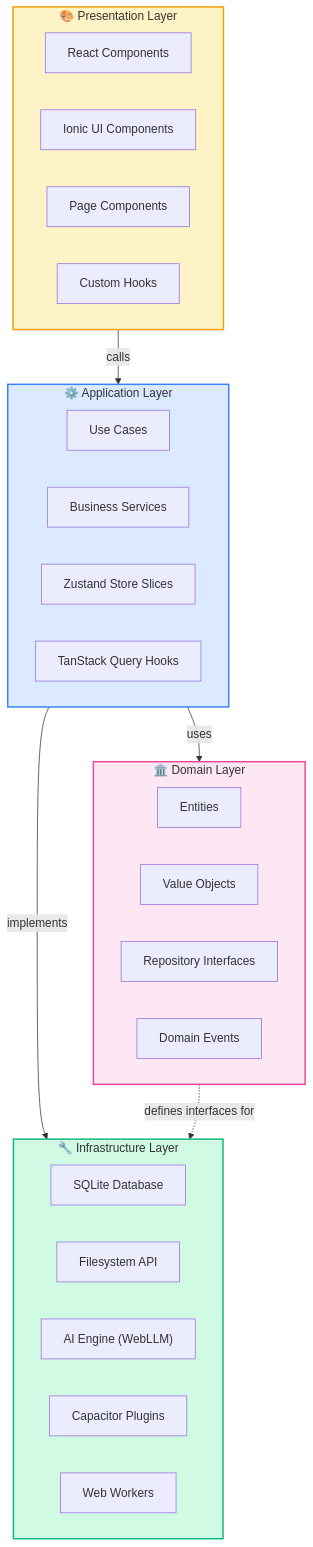
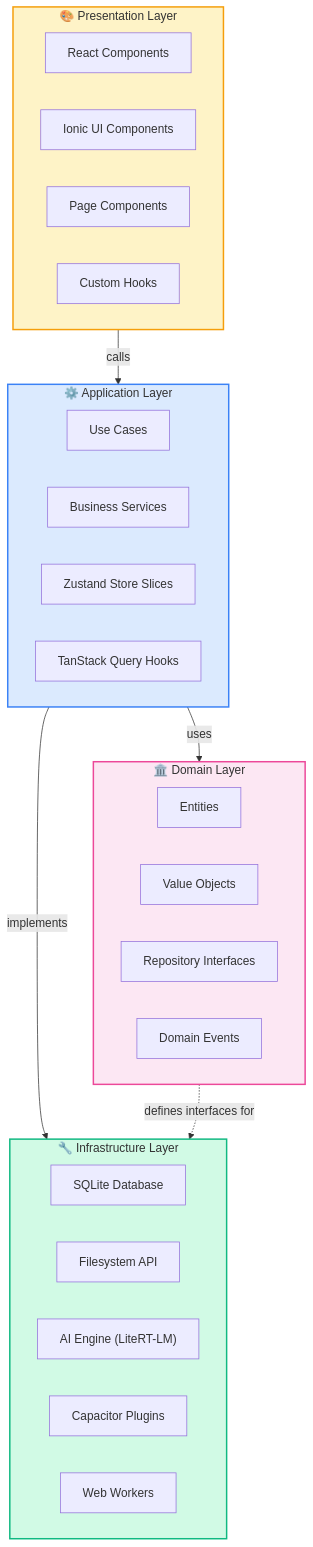
One commit to omanandswami2005/project-kagazzz changed the first of 8 diagrams in docs/architecture/01-system-architecture.md. Above: the diagram before and after it, drawn with Mermaid. The commit also changed other lines of this file and 9 other files, not shown here.

First line of the commit message:
chore(ai-assistant): F-13/F-14 stale-code sweep — WebLLM references + license attribution

````diff
--- a/docs/architecture/01-system-architecture.md
+++ b/docs/architecture/01-system-architecture.md
@@ -31,45 +31,45 @@
 ```mermaid
 graph TB
     subgraph Presentation["🎨 Presentation Layer"]
         direction LR
         ReactComp["React Components"]
         IonicUI["Ionic UI Components"]
         Pages["Page Components"]
         Hooks["Custom Hooks"]
     end
 
     subgraph Application["⚙️ Application Layer"]
         direction LR
         UseCases["Use Cases"]
         Services["Business Services"]
         StoreSlices["Zustand Store Slices"]
         QueryHooks["TanStack Query Hooks"]
     end
 
     subgraph Domain["🏛️ Domain Layer"]
         direction LR
         Entities["Entities"]
         ValueObjects["Value Objects"]
         Interfaces["Repository Interfaces"]
         DomainEvents["Domain Events"]
     end
 
     subgraph Infrastructure["🔧 Infrastructure Layer"]
         direction LR
         SQLiteDB["SQLite Database"]
         FileSystem["Filesystem API"]
-        AIEngine["AI Engine (WebLLM)"]
+        AIEngine["AI Engine (LiteRT-LM)"]
         CapPlugins["Capacitor Plugins"]
         Workers["Web Workers"]
     end
 
     Presentation -->|"calls"| Application
     Application -->|"uses"| Domain
     Application -->|"implements"| Infrastructure
     Domain -.->|"defines interfaces for"| Infrastructure
 
     style Presentation fill:#fef3c7,stroke:#f59e0b,stroke-width:2px
     style Application fill:#dbeafe,stroke:#3b82f6,stroke-width:2px
     style Domain fill:#fce7f3,stroke:#ec4899,stroke-width:2px
     style Infrastructure fill:#d1fae5,stroke:#10b981,stroke-width:2px
 ```
````
